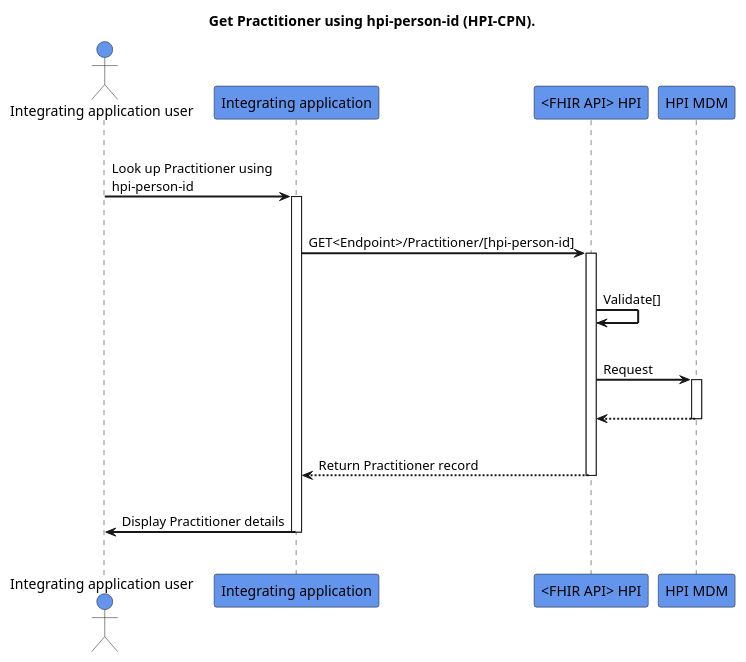
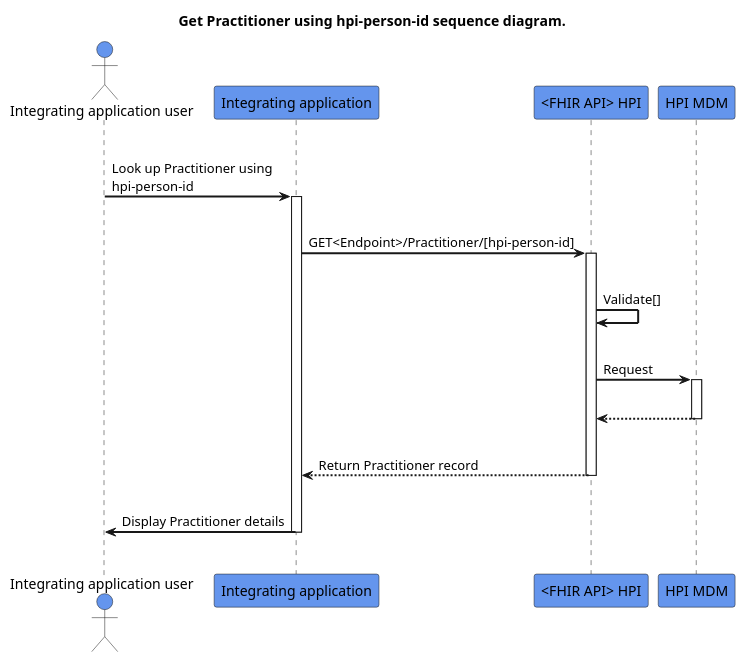
Before and after one commit to HL7NZ/hpi: the diagram in input/images-source/get-practitioner.plantuml, drawn with PlantUML.

```diff
--- a/input/images-source/get-practitioner.plantuml
+++ b/input/images-source/get-practitioner.plantuml
@@ -1,32 +1,32 @@
 @startuml
 skinparam sequenceArrowThickness 2
 skinparam roundcorner 5
 skinparam maxmessagesize 180
 skinparam sequenceParticipant bold
-title Get Practitioner using hpi-person-id (HPI-CPN).
+title Get Practitioner using hpi-person-id sequence diagram.
 actor "Integrating application user" as User #CornflowerBlue
 participant "Integrating application" as A #CornflowerBlue
 participant "<FHIR API> HPI" as B #CornflowerBlue
 participant "HPI MDM" as C #CornflowerBlue
 |||
 User -> A: Look up Practitioner using hpi-person-id
 activate A
 |||
 A -> B: GET<Endpoint>/Practitioner/[hpi-person-id]
 activate B
 |||
 B -> B: Validate[]
 |||
 B -> C: Request
 activate C
 |||
 C -[dashed]-> B:  
 deactivate C
 |||
 B -[dashed]-> A:Return Practitioner record
 deactivate B
 |||
 A -> User: Display Practitioner details
 deactivate A
 |||
 @enduml
```
